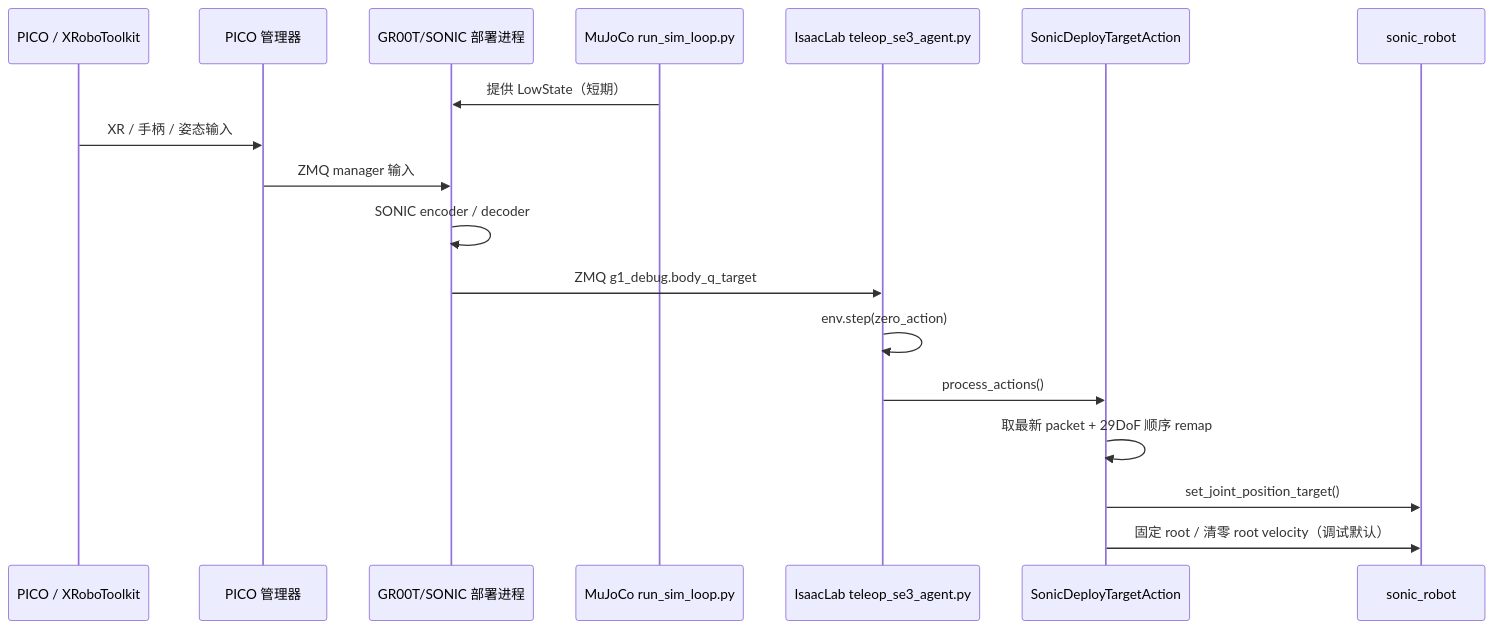
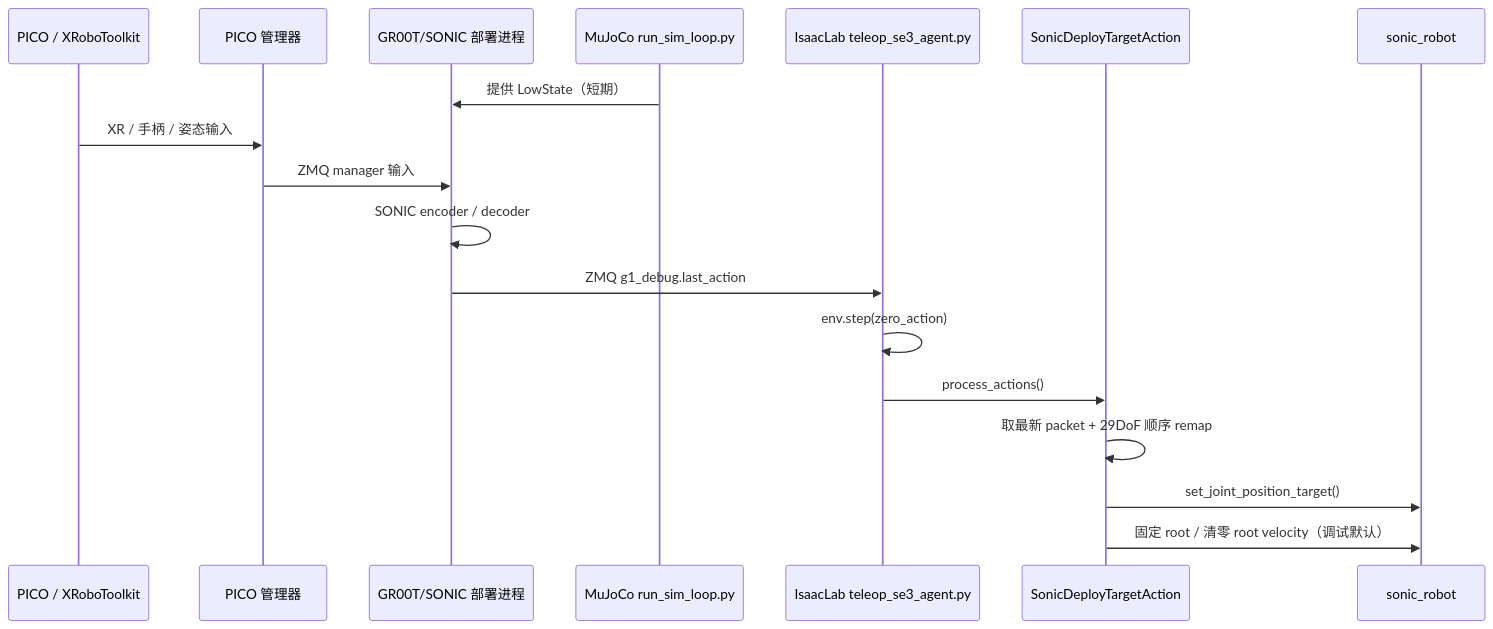
One commit to xiaoyang00001/IsaacLab changed the third of 5 diagrams in docs/gr00t_sonic_pico_isaaclab_framework.md. Above: the diagram before and after it, drawn with Mermaid. The commit also changed other lines of this file and 4 other files, not shown here.

````diff
--- a/docs/gr00t_sonic_pico_isaaclab_framework.md
+++ b/docs/gr00t_sonic_pico_isaaclab_framework.md
@@ -98,21 +98,21 @@
 ```mermaid
 sequenceDiagram
     participant Pico as PICO / XRoboToolkit
     participant PM as PICO 管理器
     participant Deploy as GR00T/SONIC 部署进程
     participant MuJoCo as MuJoCo run_sim_loop.py
     participant Isaac as IsaacLab teleop_se3_agent.py
     participant Action as SonicDeployTargetAction
     participant G1 as sonic_robot
 
     MuJoCo->>Deploy: 提供 LowState（短期）
     Pico->>PM: XR / 手柄 / 姿态输入
     PM->>Deploy: ZMQ manager 输入
     Deploy->>Deploy: SONIC encoder / decoder
-    Deploy->>Isaac: ZMQ g1_debug.body_q_target
+    Deploy->>Isaac: ZMQ g1_debug.last_action
     Isaac->>Isaac: env.step(zero_action)
     Isaac->>Action: process_actions()
     Action->>Action: 取最新 packet + 29DoF 顺序 remap
     Action->>G1: set_joint_position_target()
     Action->>G1: 固定 root / 清零 root velocity（调试默认）
 ```
````
